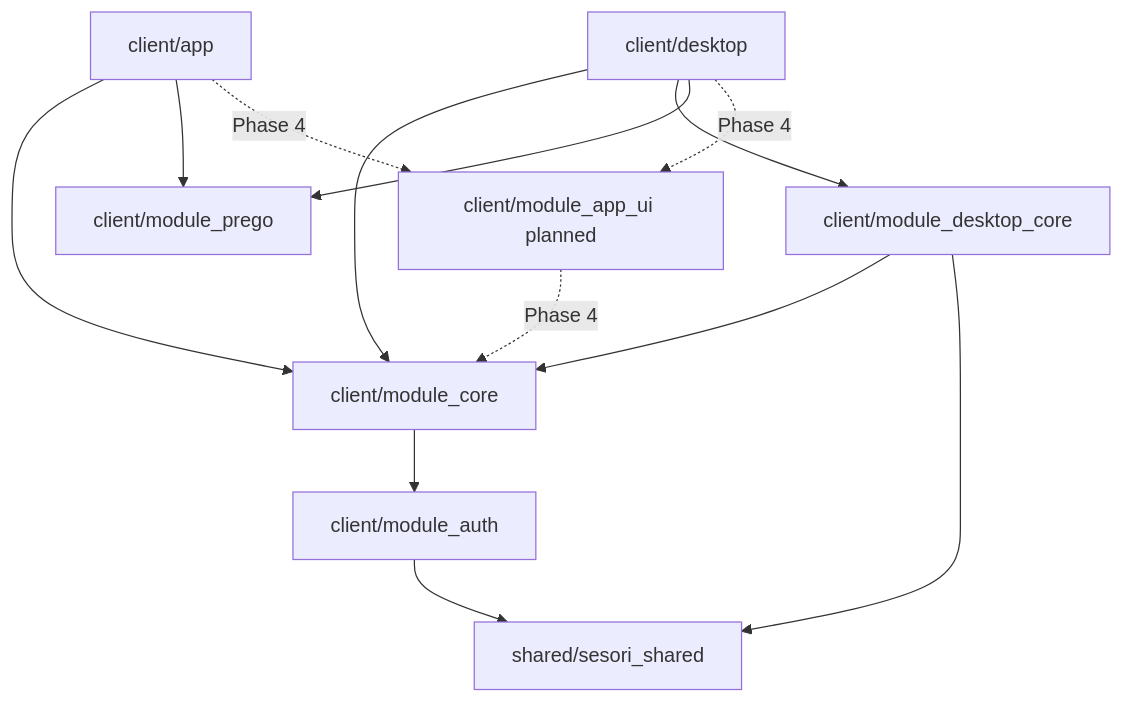
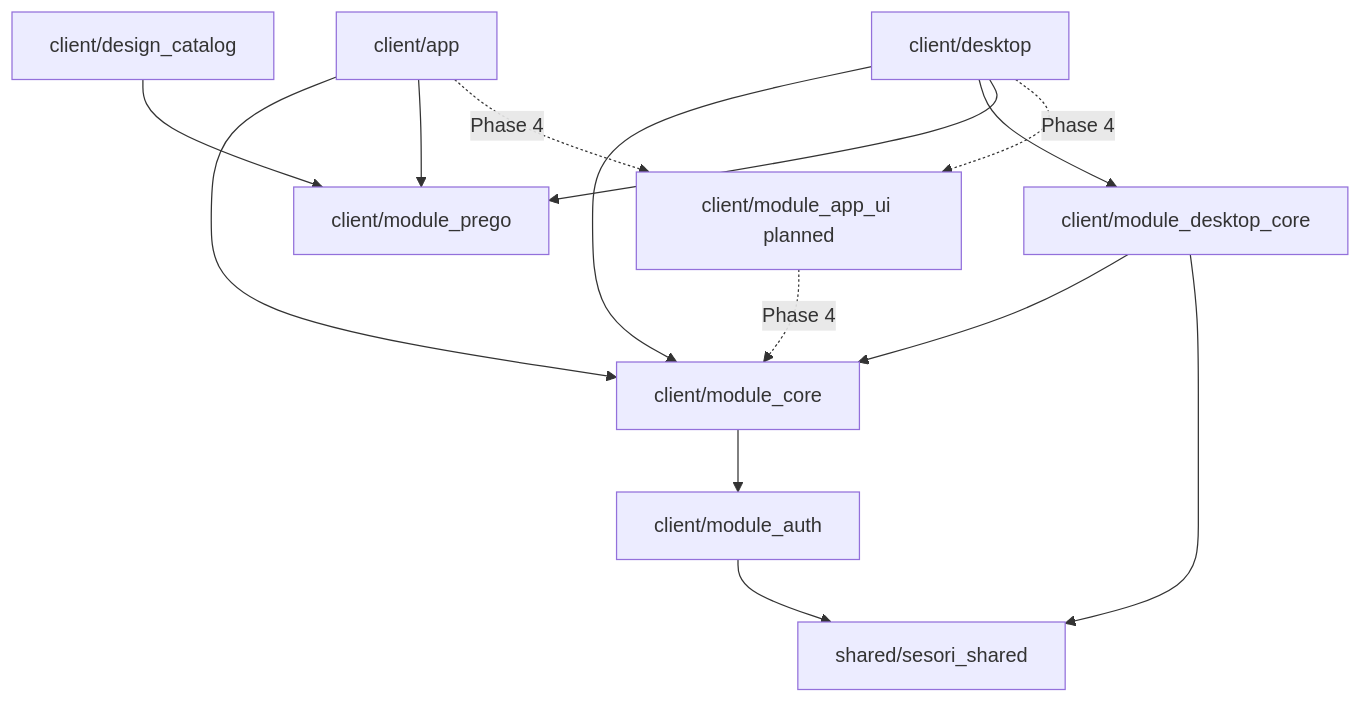
One commit to sesori-ai/sesori_apps_monorepo changed the diagram in client/README.md. Above: the diagram before and after it, drawn with Mermaid. The commit also changed other lines of this file and 21 other files, not shown here.

Commit message:
Add Flutter design catalog pilot

````diff
--- a/client/README.md
+++ b/client/README.md
@@ -22,17 +23,19 @@
 ```mermaid
 graph TD
   mobile[client/app] --> core[client/module_core]
   mobile --> prego[client/module_prego]
   mobile -. "Phase 4" .-> app_ui[client/module_app_ui planned]
 
   desktop[client/desktop] --> core
   desktop --> desktop_core[client/module_desktop_core]
   desktop --> prego
   desktop -. "Phase 4" .-> app_ui
 
+  catalog[client/design_catalog] --> prego
+
   app_ui -. "Phase 4" .-> core
   desktop_core --> core
   desktop_core --> shared[shared/sesori_shared]
   core --> auth[client/module_auth]
   auth --> shared
 ```
````
